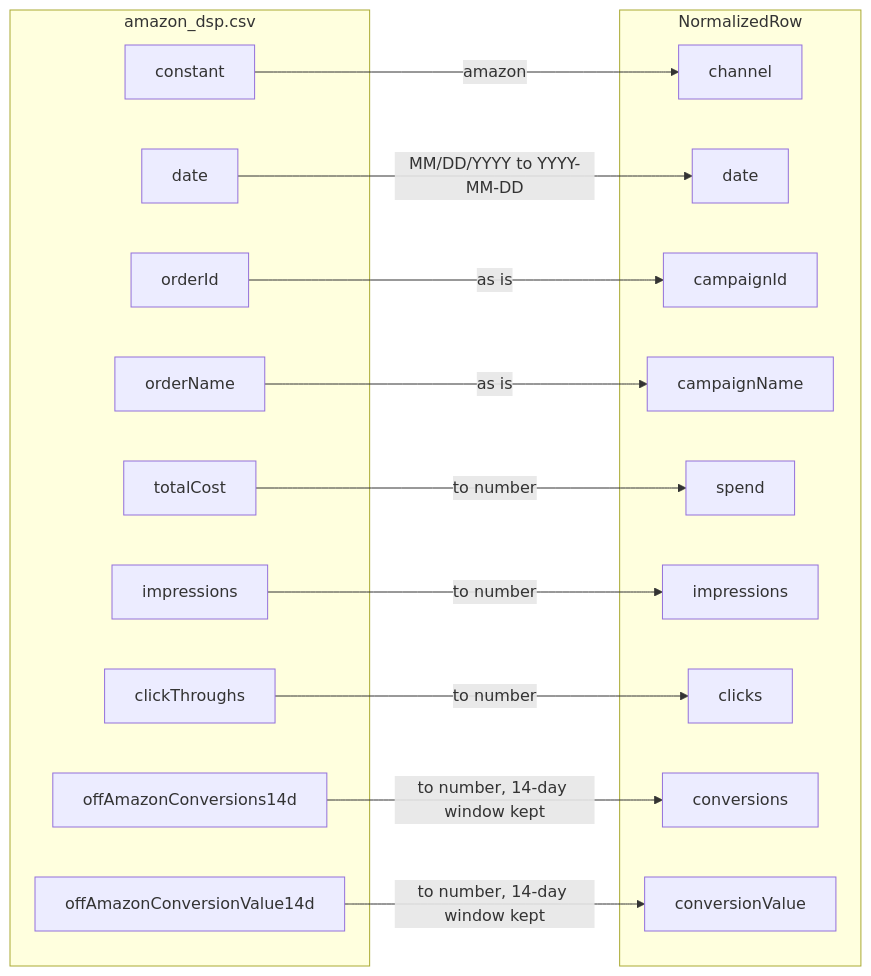
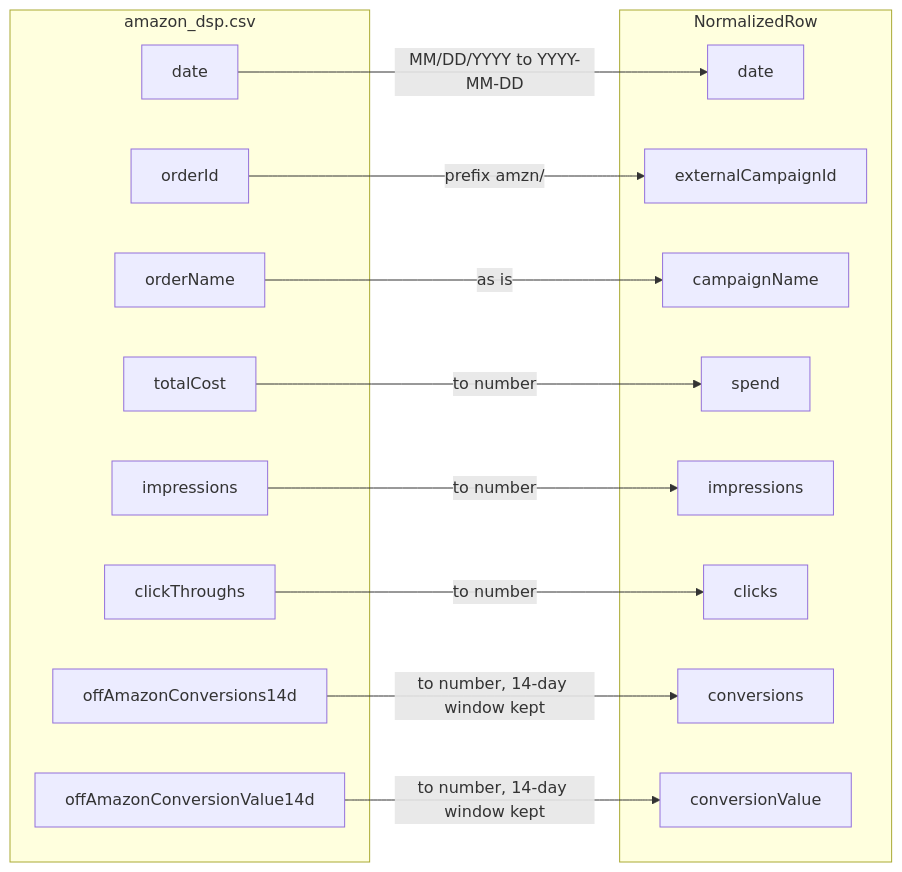
The diagram in docs/diagrams/amazon-mapping.mmd (btmCustom/ADBOX-Dashboard-Product-Engineer-exercise), drawn with Mermaid before and after one commit. The commit also changed 13 other files, not shown here.

Commit message:
Fold channel into externalCampaignId ({shortChannel}/{id}); regenerate diagrams

```diff
--- a/docs/diagrams/amazon-mapping.mmd
+++ b/docs/diagrams/amazon-mapping.mmd
@@ -1,32 +1,29 @@
 flowchart LR
     subgraph SRC["amazon_dsp.csv"]
-        a_const["constant"]
         a_date["date"]
         a_id["orderId"]
         a_name["orderName"]
         a_spend["totalCost"]
         a_impr["impressions"]
         a_clicks["clickThroughs"]
         a_conv["offAmazonConversions14d"]
         a_val["offAmazonConversionValue14d"]
     end
     subgraph OUT["NormalizedRow"]
-        n_channel["channel"]
         n_date["date"]
-        n_id["campaignId"]
+        n_id["externalCampaignId"]
         n_name["campaignName"]
         n_spend["spend"]
         n_impr["impressions"]
         n_clicks["clicks"]
         n_conv["conversions"]
         n_val["conversionValue"]
     end
-    a_const -- "amazon" --> n_channel
     a_date -- "MM/DD/YYYY to YYYY-MM-DD" --> n_date
-    a_id -- "as is" --> n_id
+    a_id -- "prefix amzn/" --> n_id
     a_name -- "as is" --> n_name
     a_spend -- "to number" --> n_spend
     a_impr -- "to number" --> n_impr
     a_clicks -- "to number" --> n_clicks
     a_conv -- "to number, 14-day window kept" --> n_conv
     a_val -- "to number, 14-day window kept" --> n_val
```
